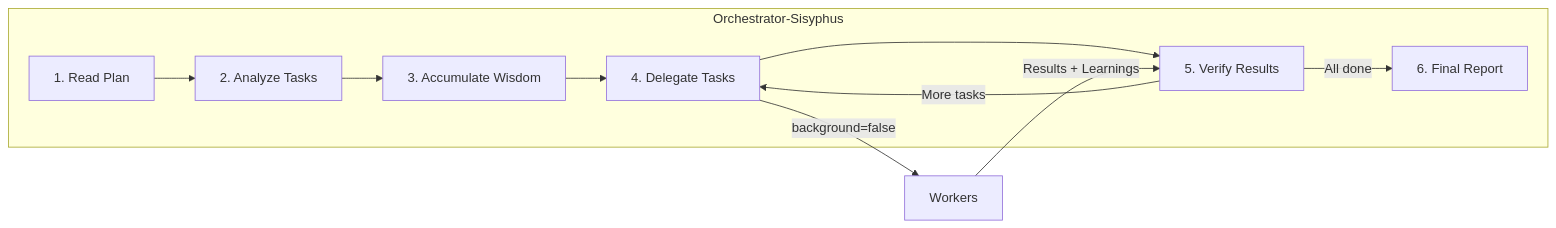
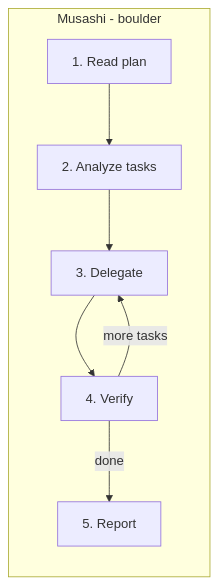
The third of 4 diagrams in docs/guide/understanding-orchestration-system.md (codewithkenzo/oh-my-opencode), drawn with Mermaid before and after one commit. The commit also changed other lines of this file and 12 other files, not shown here.

First line of the commit message:
Sprint 6: Fix stale agent refs + docs refresh for 8-agent architecture (#28)

````diff
--- a/docs/guide/understanding-orchestration-system.md
+++ b/docs/guide/understanding-orchestration-system.md
@@ -161,21 +127,16 @@
 ```mermaid
 flowchart LR
-    subgraph Orchestrator["Orchestrator-Sisyphus"]
-        Read["1. Read Plan"]
-        Analyze["2. Analyze Tasks"]
-        Wisdom["3. Accumulate Wisdom"]
-        Delegate["4. Delegate Tasks"]
-        Verify["5. Verify Results"]
-        Report["6. Final Report"]
+    subgraph Boulder["Musashi - boulder"]
+        Read["1. Read plan"]
+        Analyze["2. Analyze tasks"]
+        Delegate["3. Delegate"]
+        Verify["4. Verify"]
+        Report["5. Report"]
     end
-    
+
     Read --> Analyze
-    Analyze --> Wisdom
-    Wisdom --> Delegate
+    Analyze --> Delegate
     Delegate --> Verify
-    Verify -->|"More tasks"| Delegate
-    Verify -->|"All done"| Report
-    
-    Delegate -->|"background=false"| Workers["Workers"]
-    Workers -->|"Results + Learnings"| Verify
+    Verify -->|"more tasks"| Delegate
+    Verify -->|"done"| Report
 ```
````
